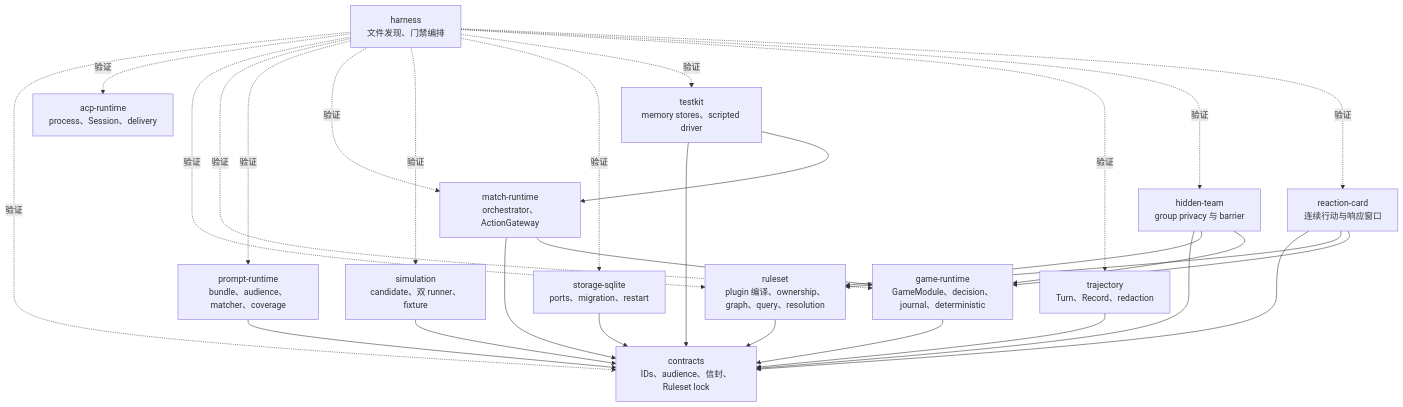
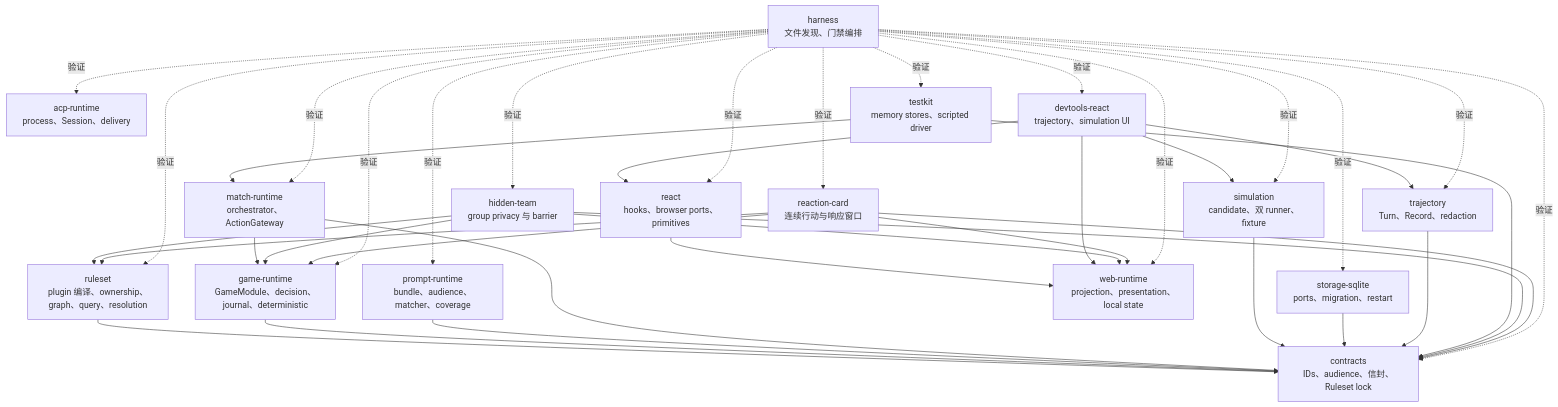
Before and after one commit to renewboy/agent-arena-core: the first of 4 diagrams in docs/architecture.md, drawn with Mermaid. The commit also changed other lines of this file and 59 other files, not shown here.

````diff
--- a/docs/architecture.md
+++ b/docs/architecture.md
@@ -32,45 +36,58 @@
 ```mermaid
 flowchart TB
     ACP["acp-runtime<br/>process、Session、delivery"]
     Contracts["contracts<br/>IDs、audience、信封、Ruleset lock"]
     Ruleset["ruleset<br/>plugin 编译、ownership、graph、query、resolution"]
     Runtime["game-runtime<br/>GameModule、decision、journal、deterministic"]
     Prompt["prompt-runtime<br/>bundle、audience、matcher、coverage"]
     Match["match-runtime<br/>orchestrator、ActionGateway"]
     Simulation["simulation<br/>candidate、双 runner、fixture"]
     Storage["storage-sqlite<br/>ports、migration、restart"]
     Trajectory["trajectory<br/>Turn、Record、redaction"]
+    WebRuntime["web-runtime<br/>projection、presentation、local state"]
+    React["react<br/>hooks、browser ports、primitives"]
+    Devtools["devtools-react<br/>trajectory、simulation UI"]
     Testkit["testkit<br/>memory stores、scripted driver"]
     Hidden["hidden-team<br/>group privacy 与 barrier"]
     Card["reaction-card<br/>连续行动与响应窗口"]
     Harness["harness<br/>文件发现、门禁编排"]
 
     Ruleset --> Contracts
     Runtime --> Contracts
     Prompt --> Contracts
     Match --> Contracts
     Match --> Runtime
     Simulation --> Contracts
     Storage --> Contracts
     Trajectory --> Contracts
+    React --> WebRuntime
+    Devtools --> React
+    Devtools --> WebRuntime
+    Devtools --> Trajectory
+    Devtools --> Simulation
     Testkit --> Contracts
     Testkit --> Match
     Hidden --> Contracts
     Hidden --> Ruleset
     Hidden --> Runtime
+    Hidden --> WebRuntime
     Card --> Contracts
     Card --> Ruleset
     Card --> Runtime
+    Card --> WebRuntime
     Harness -.验证.-> Contracts
     Harness -.验证.-> ACP
     Harness -.验证.-> Ruleset
     Harness -.验证.-> Runtime
     Harness -.验证.-> Prompt
     Harness -.验证.-> Match
     Harness -.验证.-> Simulation
     Harness -.验证.-> Storage
     Harness -.验证.-> Testkit
     Harness -.验证.-> Trajectory
+    Harness -.验证.-> WebRuntime
+    Harness -.验证.-> React
+    Harness -.验证.-> Devtools
     Harness -.验证.-> Hidden
     Harness -.验证.-> Card
 ```
````
